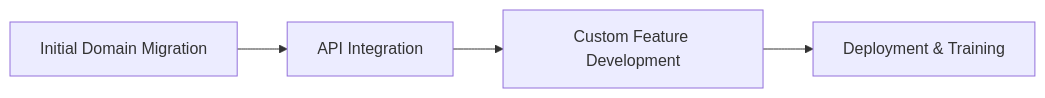
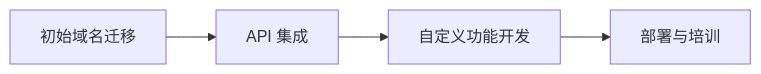
Before and after one commit to forwardemail/forwardemail.net: the second of 2 diagrams in app/views/docs/linux-foundation-email-enterprise-case-study/index-zh.md, drawn with Mermaid. The commit also changed other lines of this file and 1055 other files, not shown here.

````diff
--- a/app/views/docs/linux-foundation-email-enterprise-case-study/index-zh.md
+++ b/app/views/docs/linux-foundation-email-enterprise-case-study/index-zh.md
@@ -82,6 +85,6 @@
 ```mermaid
 flowchart LR
-    A[Initial Domain Migration] --> B[API Integration]
-    B --> C[Custom Feature Development]
-    C --> D[Deployment & Training]
+    A[初始域名迁移] --> B[API 集成]
+    B --> C[自定义功能开发]
+    C --> D[部署与培训]
 ```
````
